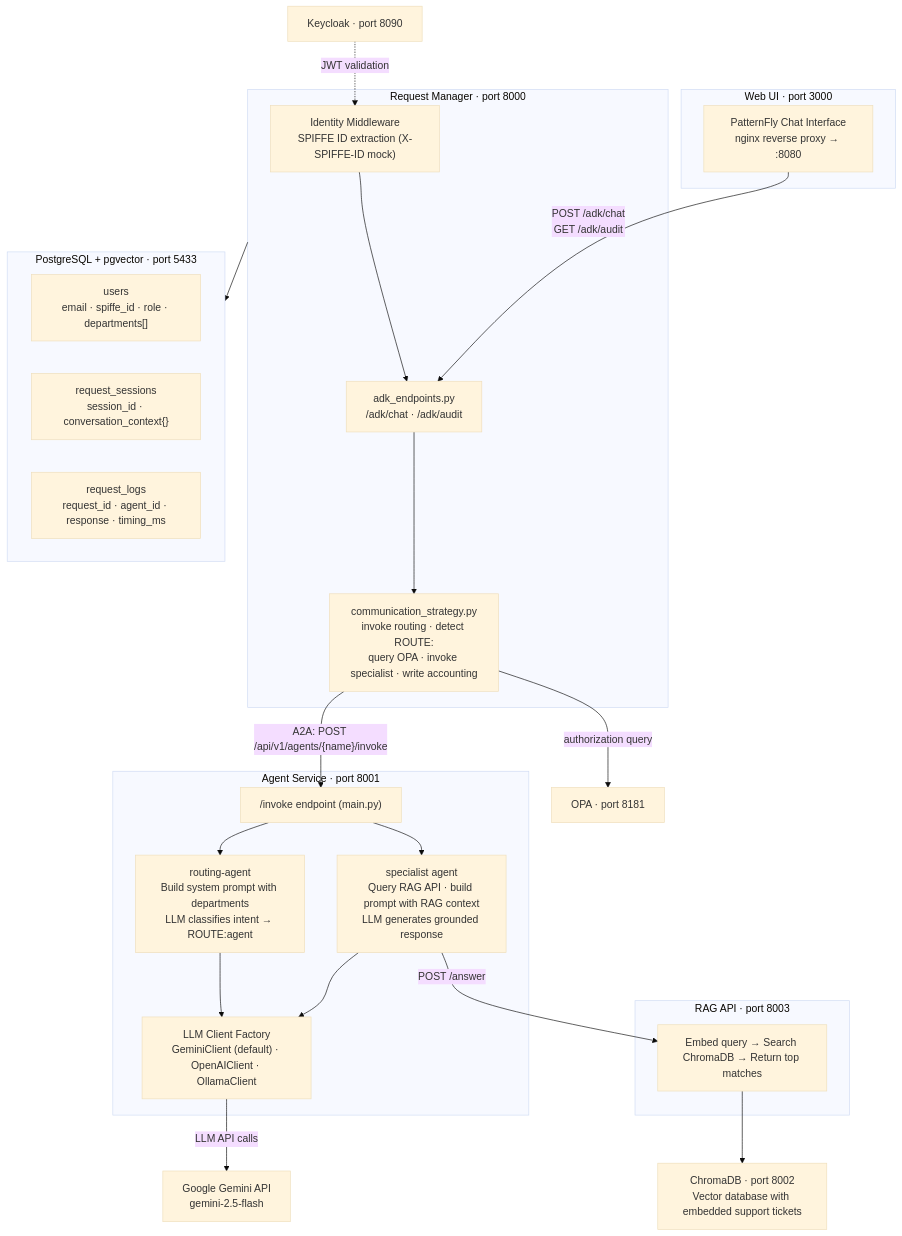
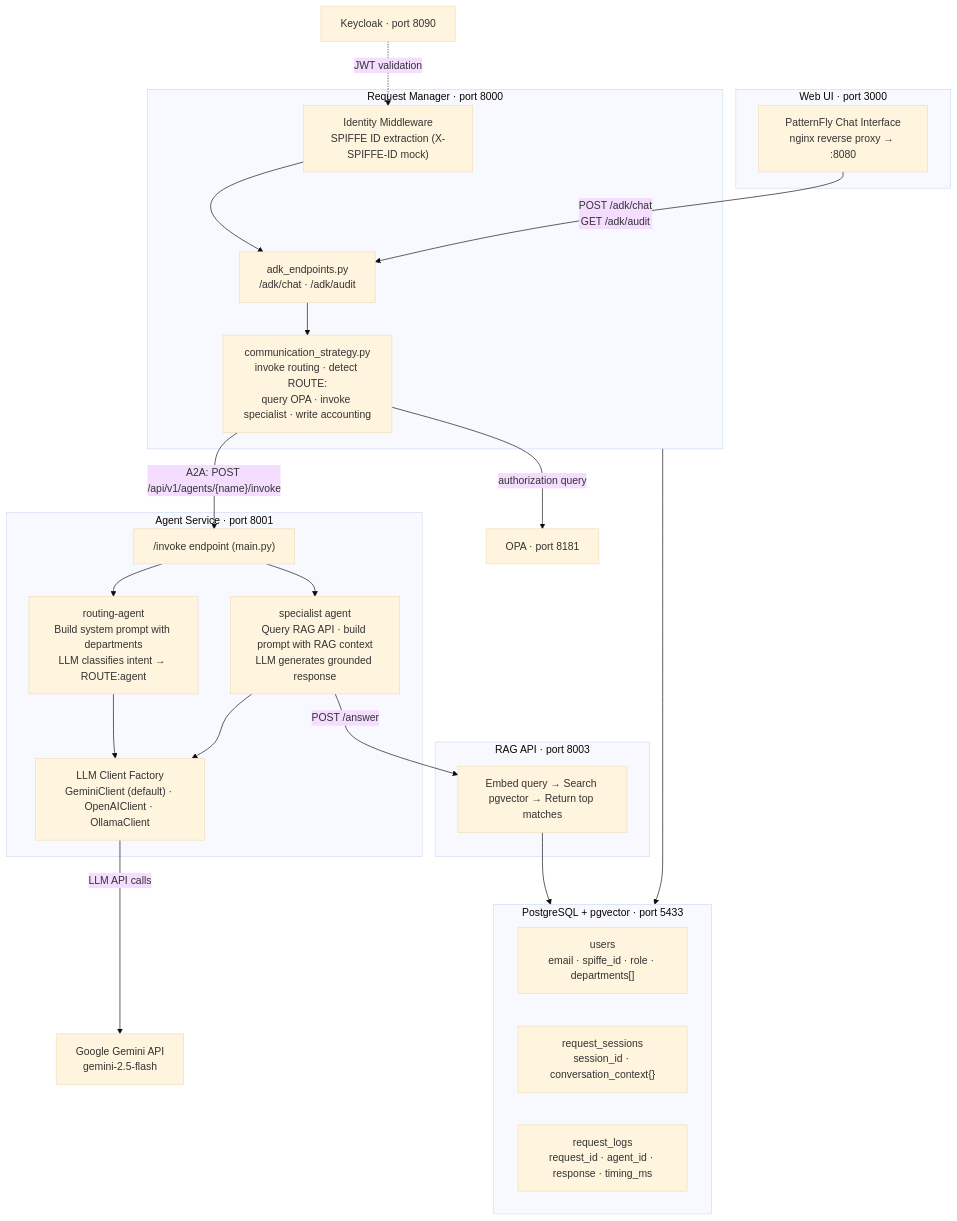
Before and after one commit to rh-ai-quickstart/agentic-partners-integration: the fourth of 4 diagrams in README.md, drawn with Mermaid (base theme). The commit also changed other lines of this file and 17 other files, not shown here.

First line of the commit message:
Fix RAG service and migrate from ChromaDB to pgvector

````diff
--- a/README.md
+++ b/README.md
@@ -361,47 +361,46 @@
 ```mermaid
 flowchart TB
     subgraph ui["Web UI · port 3000"]
         nginx["PatternFly Chat Interface\nnginx reverse proxy → :8080"]
     end
 
     subgraph rm["Request Manager · port 8000"]
         identity["Identity Middleware\nSPIFFE ID extraction (X-SPIFFE-ID mock)"]
         adk["adk_endpoints.py\n/adk/chat · /adk/audit"]
         strategy["communication_strategy.py\ninvoke routing · detect ROUTE:\nquery OPA · invoke specialist · write accounting"]
         identity --> adk --> strategy
     end
 
     subgraph as["Agent Service · port 8001"]
         invoke["/invoke endpoint (main.py)"]
         routing["routing-agent\nBuild system prompt with departments\nLLM classifies intent → ROUTE:agent"]
         specialist["specialist agent\nQuery RAG API · build prompt with RAG context\nLLM generates grounded response"]
         llm["LLM Client Factory\nGeminiClient (default) · OpenAIClient · OllamaClient"]
         invoke --> routing & specialist
         routing --> llm
         specialist --> llm
     end
 
     subgraph rag["RAG API · port 8003"]
-        ragapi["Embed query → Search ChromaDB → Return top matches"]
+        ragapi["Embed query → Search pgvector → Return top matches"]
     end
 
     subgraph db["PostgreSQL + pgvector · port 5433"]
         users["users\nemail · spiffe_id · role · departments[]"]
         sessions["request_sessions\nsession_id · conversation_context{}"]
         logs["request_logs\nrequest_id · agent_id · response · timing_ms"]
     end
 
     gemini["Google Gemini API\ngemini-2.5-flash"]
-    chroma["ChromaDB · port 8002\nVector database with embedded support tickets"]
     opa["OPA · port 8181"]
     keycloak["Keycloak · port 8090"]
 
     nginx -->|"POST /adk/chat\nGET /adk/audit"| adk
     strategy -->|"A2A: POST /api/v1/agents/{name}/invoke"| invoke
     strategy -->|"authorization query"| opa
     llm -->|"LLM API calls"| gemini
     specialist -->|"POST /answer"| ragapi
-    ragapi --> chroma
+    ragapi --> db
     rm --> db
     keycloak -.->|"JWT validation"| identity
 ```
````
